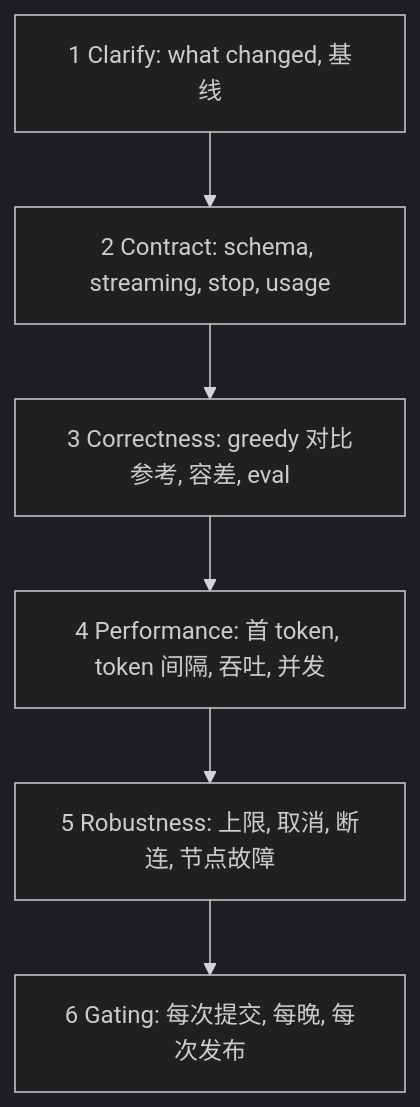
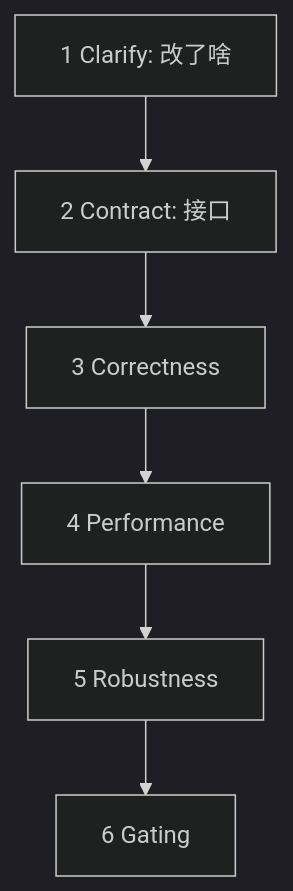
The diagram in vault/interviews/companies/cerebras/deck/cards/hm/cbr-hm-test-endpoint.md (ChiChasesCheese/trellis), drawn with Mermaid (dark theme) before and after one commit. The commit also changed 27 other files, not shown here.

First line of the commit message:
Cerebras HM prep: phone-sized diagrams and two corrected facts in the 100 cards for the hiring-manager round

````diff
--- a/vault/interviews/companies/cerebras/deck/cards/hm/cbr-hm-test-endpoint.md
+++ b/vault/interviews/companies/cerebras/deck/cards/hm/cbr-hm-test-endpoint.md
@@ -20,8 +20,8 @@
 ```mermaid
 flowchart TD
-    A["1 Clarify: what changed, 基线"] --> B["2 Contract: schema, streaming, stop, usage"]
-    B --> C["3 Correctness: greedy 对比参考, 容差, eval"]
-    C --> D["4 Performance: 首 token, token 间隔, 吞吐, 并发"]
-    D --> E["5 Robustness: 上限, 取消, 断连, 节点故障"]
-    E --> F["6 Gating: 每次提交, 每晚, 每次发布"]
+    A["1 Clarify: 改了啥"] --> B["2 Contract: 接口"]
+    B --> C["3 Correctness"]
+    C --> D["4 Performance"]
+    D --> E["5 Robustness"]
+    E --> F["6 Gating"]
 ```
````
